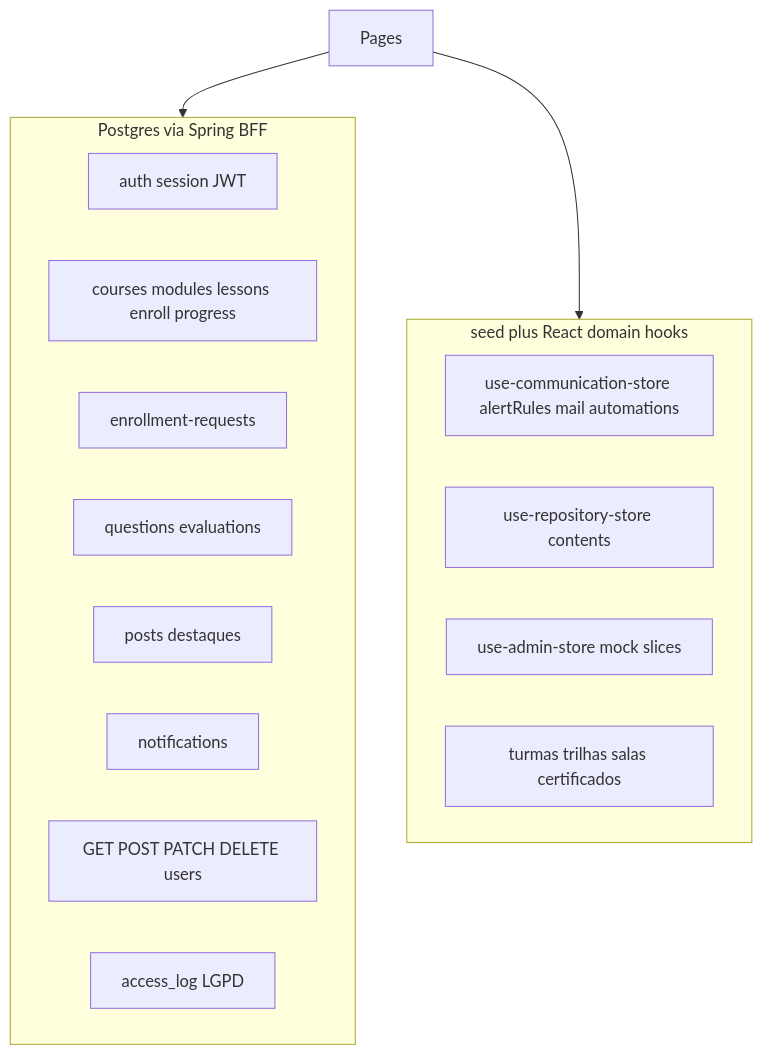
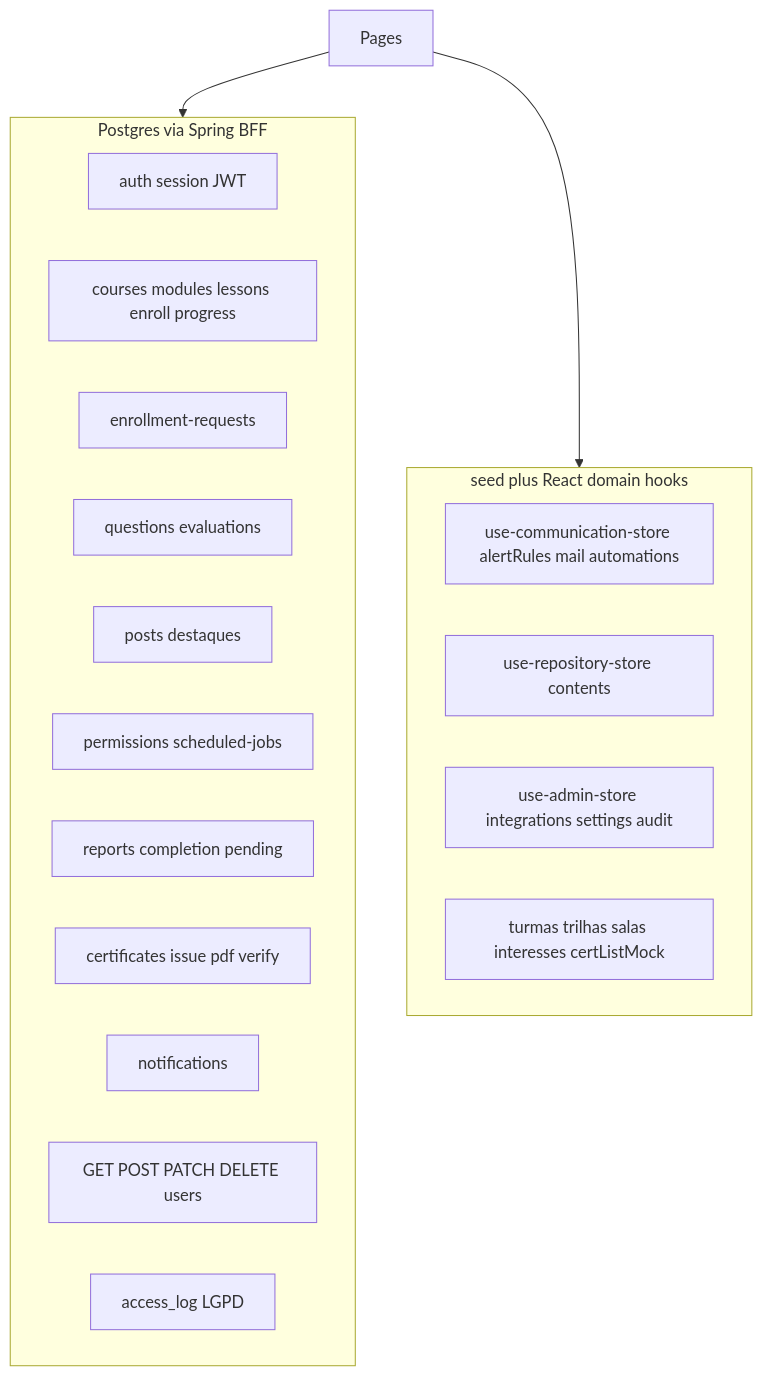
The diagram in AGENTS.md (GrigoriDevv/navoxi-lms), drawn with Mermaid before and after one commit. The commit also changed other lines of this file and 85 other files, not shown here.

First line of the commit message:
feat: certificate issuance (PDF + public verify) (#43)

````diff
--- a/AGENTS.md
+++ b/AGENTS.md
@@ -24,21 +28,24 @@
 ```mermaid
 flowchart TB
   subgraph java [Postgres via Spring BFF]
     Auth[auth session JWT]
     Learn[courses modules lessons enroll progress]
     EnrollReq[enrollment-requests]
     QuestionsEval[questions evaluations]
     PostsDestaques[posts destaques]
-    Notif[notifications]
+    PermsJobs[permissions scheduled-jobs]
+ Reports[reports completion pending]
+ Certificates[certificates issue pdf verify]
+ Notif[notifications]
     UsersAdmin[GET POST PATCH DELETE users]
     AccessLog[access_log LGPD]
   end
   subgraph mock [seed plus React domain hooks]
     CommMock[use-communication-store alertRules mail automations]
     RepoContents[use-repository-store contents]
-    AdminMock[use-admin-store mock slices]
-    LearnMock[turmas trilhas salas certificados]
+    AdminMock[use-admin-store integrations settings audit]
+    LearnMock[turmas trilhas salas interesses certListMock]
   end
   UI[Pages] --> java
   UI --> mock
 ```
````
